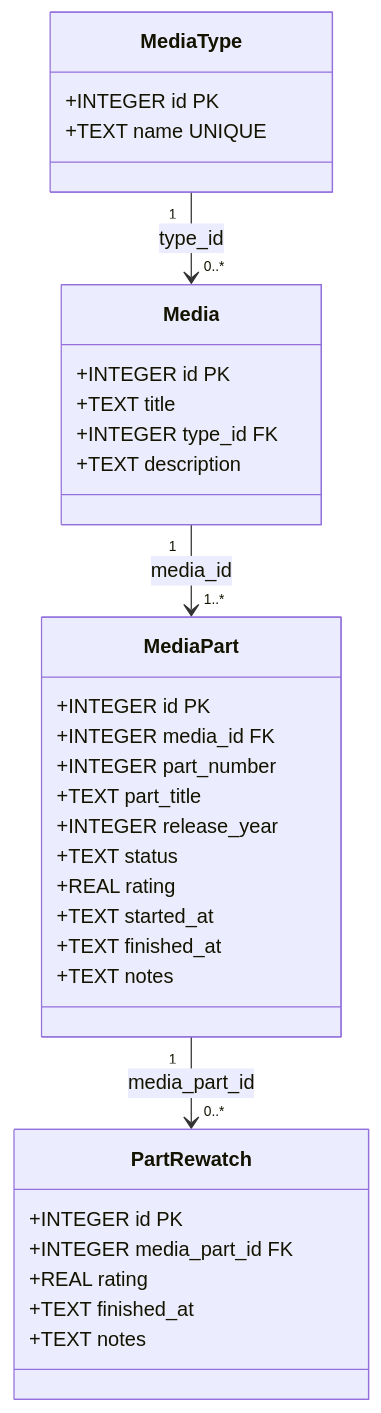
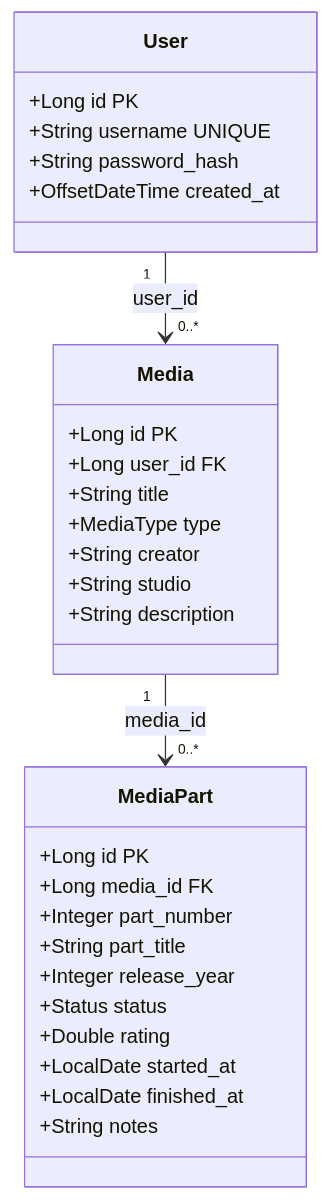
The diagram in sightlog_readme.md (dawis1013/sightlog), drawn with Mermaid before and after one commit. The commit also changed other lines of this file and 4 other files, not shown here.

````diff
--- a/sightlog_readme.md
+++ b/sightlog_readme.md
@@ -83,39 +60,35 @@
 ```mermaid
 classDiagram
-    class MediaType {
-        +INTEGER id PK
-        +TEXT name UNIQUE
+    class User {
+        +Long id PK
+        +String username UNIQUE
+        +String password_hash
+        +OffsetDateTime created_at
     }
 
     class Media {
-        +INTEGER id PK
-        +TEXT title
-        +INTEGER type_id FK
-        +TEXT description
+        +Long id PK
+        +Long user_id FK
+        +String title
+        +MediaType type
+        +String creator
+        +String studio
+        +String description
     }
 
     class MediaPart {
-        +INTEGER id PK
-        +INTEGER media_id FK
-        +INTEGER part_number
-        +TEXT part_title
-        +INTEGER release_year
-        +TEXT status
-        +REAL rating
-        +TEXT started_at
-        +TEXT finished_at
-        +TEXT notes
+        +Long id PK
+        +Long media_id FK
+        +Integer part_number
+        +String part_title
+        +Integer release_year
+        +Status status
+        +Double rating
+        +LocalDate started_at
+        +LocalDate finished_at
+        +String notes
     }
 
-    class PartRewatch {
-        +INTEGER id PK
-        +INTEGER media_part_id FK
-        +REAL rating
-        +TEXT finished_at
-        +TEXT notes
-    }
-
-    MediaType "1" --> "0..*" Media : type_id
-    Media "1" --> "1..*" MediaPart : media_id
-    MediaPart "1" --> "0..*" PartRewatch : media_part_id
+    User "1" --> "0..*" Media : user_id
+    Media "1" --> "0..*" MediaPart : media_id
 ```
````
